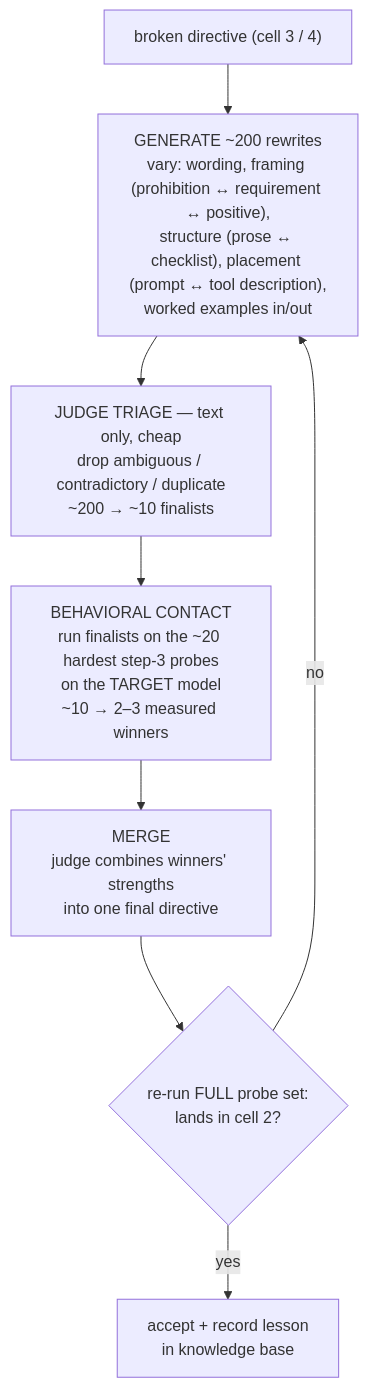
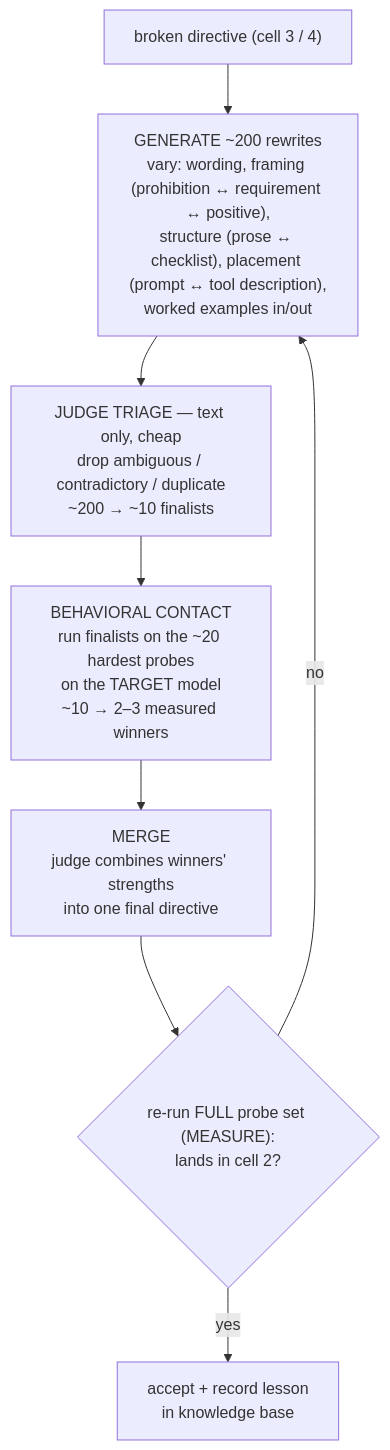
Before and after one commit to internet-zero/hypergeometric-ai: the seventh of 9 diagrams in DESIGN.md, drawn with Mermaid. The commit also changed other lines of this file, not shown here.

````diff
--- a/DESIGN.md
+++ b/DESIGN.md
@@ -292,10 +309,10 @@
 ```mermaid
 flowchart TD
     B["broken directive (cell 3 / 4)"] --> G["GENERATE ~200 rewrites<br/>vary: wording, framing (prohibition ↔ requirement ↔ positive),<br/>structure (prose ↔ checklist), placement (prompt ↔ tool description),<br/>worked examples in/out"]
     G --> J["JUDGE TRIAGE — text only, cheap<br/>drop ambiguous / contradictory / duplicate<br/>~200 → ~10 finalists"]
-    J --> X["BEHAVIORAL CONTACT<br/>run finalists on the ~20 hardest step-3 probes<br/>on the TARGET model<br/>~10 → 2–3 measured winners"]
+    J --> X["BEHAVIORAL CONTACT<br/>run finalists on the ~20 hardest probes<br/>on the TARGET model<br/>~10 → 2–3 measured winners"]
     X --> M["MERGE<br/>judge combines winners' strengths<br/>into one final directive"]
-    M --> V{"re-run FULL probe set:<br/>lands in cell 2?"}
+    M --> V{"re-run FULL probe set (MEASURE):<br/>lands in cell 2?"}
     V -- yes --> OK["accept + record lesson<br/>in knowledge base"]
     V -- no --> G
 ```
````
